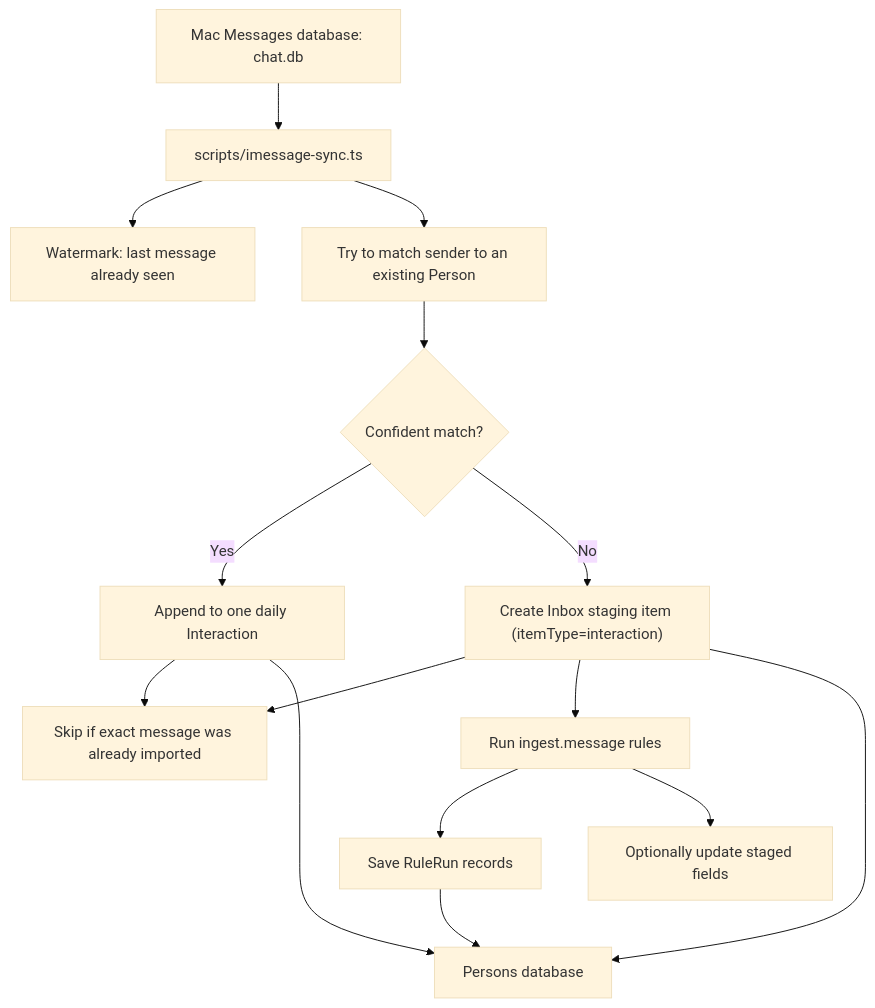
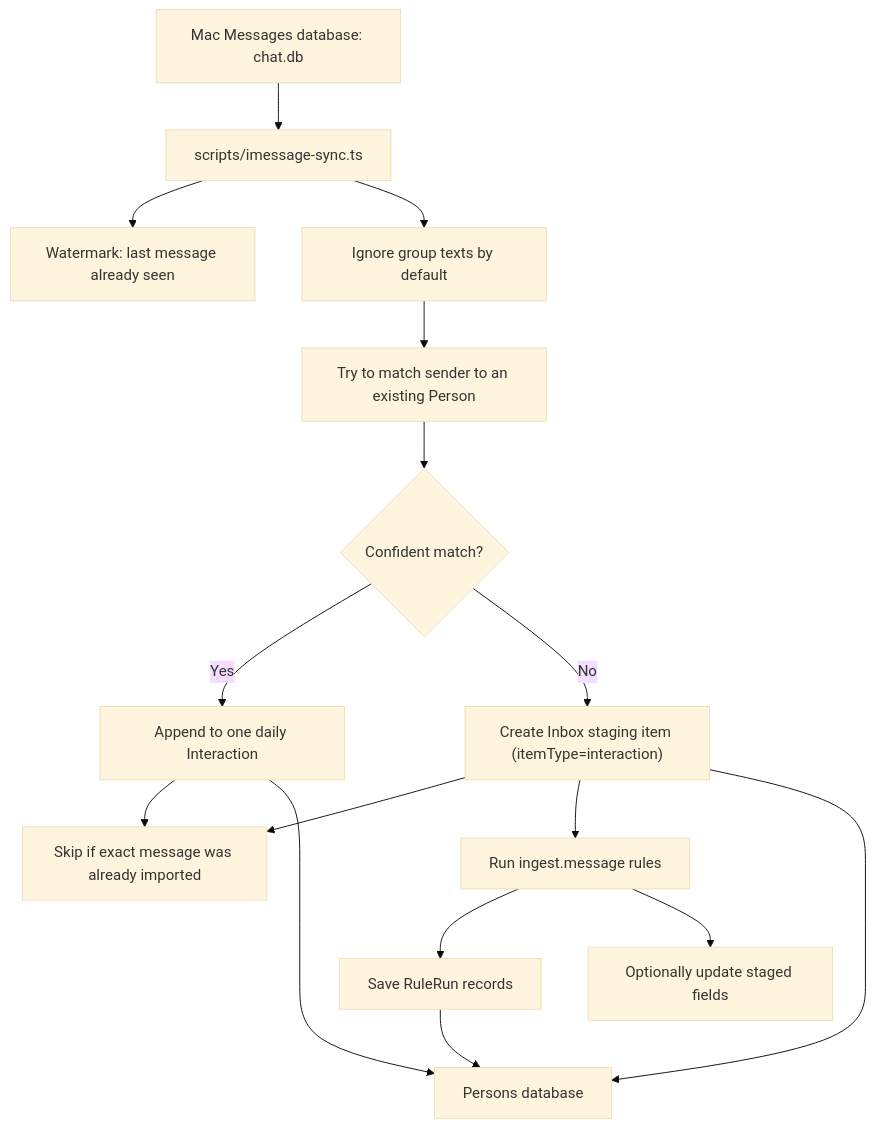
The third of 18 diagrams in docs/PERSONS_ARCHITECTURE.md (josephdfryer/life-os), drawn with Mermaid (base theme) before and after one commit. The commit also changed other lines of this file and 26 other files, not shown here.

````diff
--- a/docs/PERSONS_ARCHITECTURE.md
+++ b/docs/PERSONS_ARCHITECTURE.md
@@ -122,21 +122,22 @@
 ```mermaid
 flowchart TD
   ChatDB["Mac Messages database: chat.db"] --> Watcher["scripts/imessage-sync.ts"]
   Watcher --> Watermark["Watermark: last message already seen"]
-  Watcher --> Match["Try to match sender to an existing Person"]
+  Watcher --> GroupFilter["Ignore group texts by default"]
 
+  GroupFilter --> Match["Try to match sender to an existing Person"]
   Match --> Known{"Confident match?"}
   Known -->|Yes| DailyInteraction["Append to one daily Interaction"]
   Known -->|No| StagedInbox["Create Inbox staging item (itemType=interaction)"]
 
   DailyInteraction --> Dedupe["Skip if exact message was already imported"]
   StagedInbox --> Dedupe
 
   StagedInbox --> Rules["Run ingest.message rules"]
   Rules --> RuleRuns["Save RuleRun records"]
   Rules --> SafeUpdates["Optionally update staged fields"]
 
   DailyInteraction --> PersonsDB["Persons database"]
   StagedInbox --> PersonsDB
   RuleRuns --> PersonsDB
 ```
````
